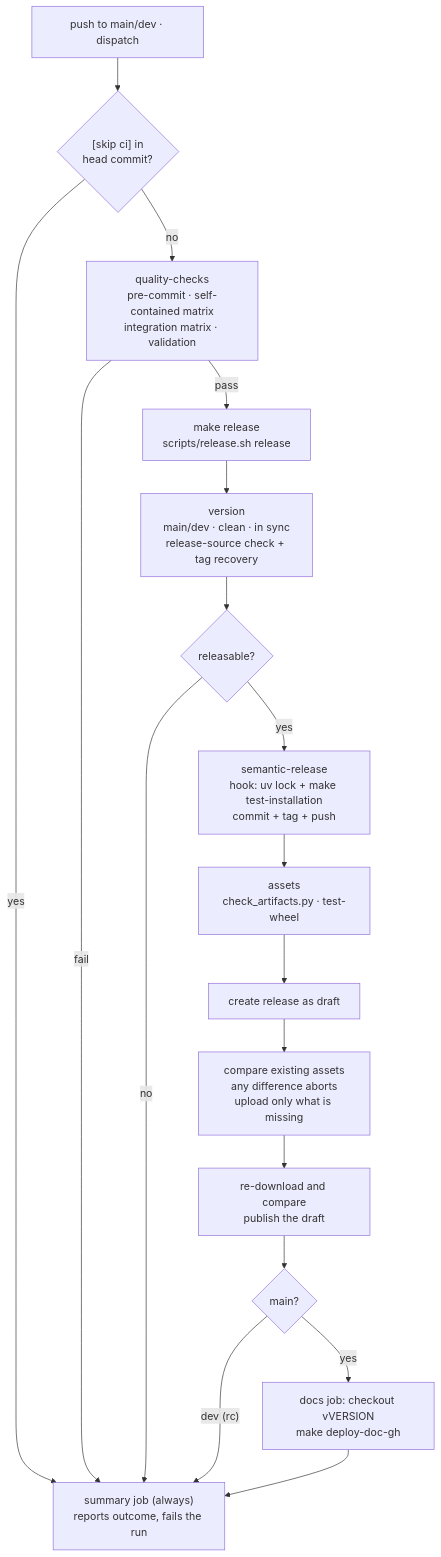
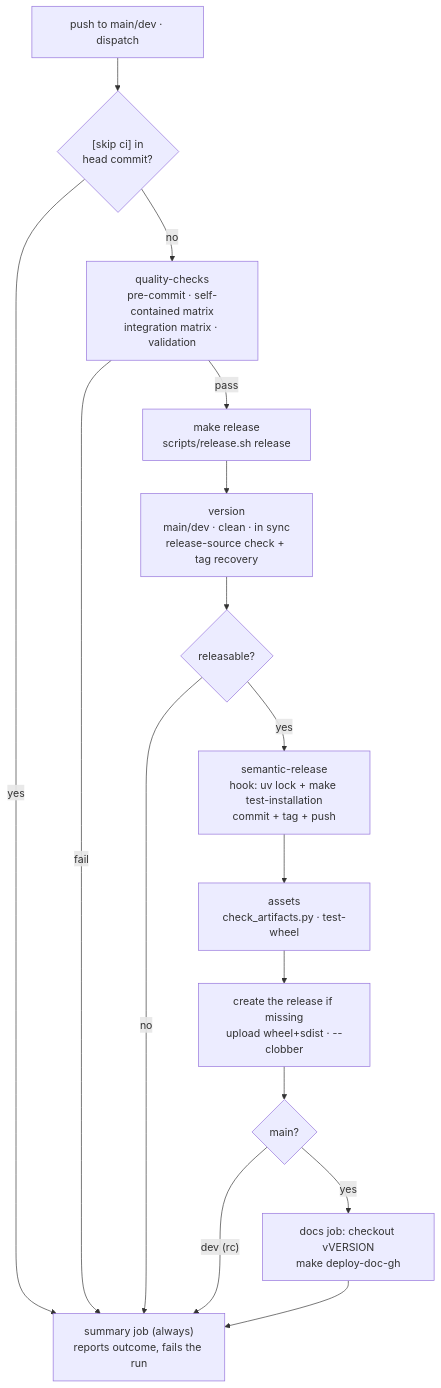
The diagram in docs/developer/5.release.md (AmineDjeghri/personal-os-setup), drawn with Mermaid before and after one commit. The commit also changed other lines of this file and 3 other files, not shown here.

First line of the commit message:
refactor(release): publish release artifacts with the same path as the templates

````diff
--- a/docs/developer/5.release.md
+++ b/docs/developer/5.release.md
@@ -52,20 +52,18 @@
 ```mermaid
 flowchart TD
     PUSH["push to main/dev · dispatch"] --> SKIP{"[skip ci] in<br/>head commit?"}
     SKIP -- yes --> SUM["summary job (always)<br/>reports outcome, fails the run"]
     SKIP -- no --> QC["quality-checks<br/>pre-commit · self-contained matrix<br/>integration matrix · validation"]
     QC -- fail --> SUM
     QC -- pass --> REL["make release<br/>scripts/release.sh release"]
     REL --> VER["version<br/>main/dev · clean · in sync<br/>release-source check + tag recovery"]
     VER --> NEW{"releasable?"}
     NEW -- no --> SUM
     NEW -- yes --> TAG["semantic-release<br/>hook: uv lock + make test-installation<br/>commit + tag + push"]
     TAG --> ASSETS["assets<br/>check_artifacts.py · test-wheel"]
-    ASSETS --> DRAFT["create release as draft"]
-    DRAFT --> CMP["compare existing assets<br/>any difference aborts<br/>upload only what is missing"]
-    CMP --> FIN["re-download and compare<br/>publish the draft"]
-    FIN --> MAIN{"main?"}
+    ASSETS --> PUB["create the release if missing<br/>upload wheel+sdist · --clobber"]
+    PUB --> MAIN{"main?"}
     MAIN -- "dev (rc)" --> SUM
     MAIN -- yes --> DOCS["docs job: checkout vVERSION<br/>make deploy-doc-gh"]
     DOCS --> SUM
 ```
````
